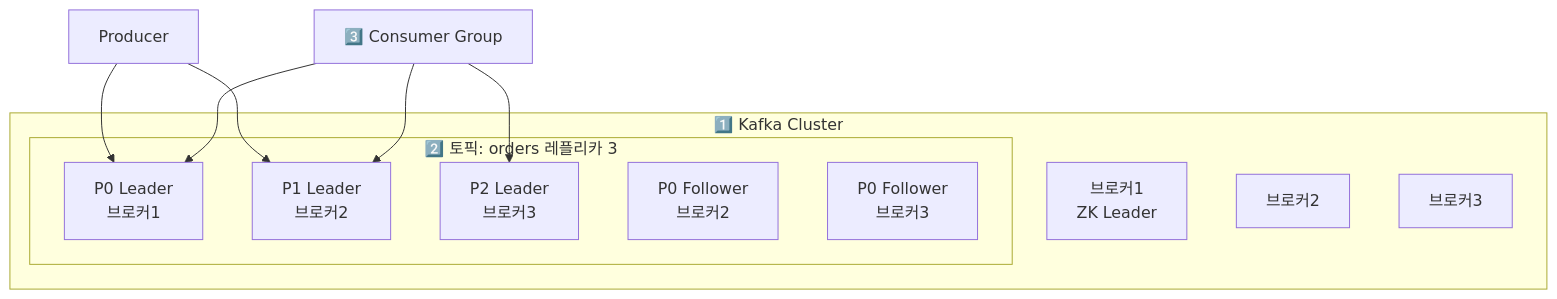
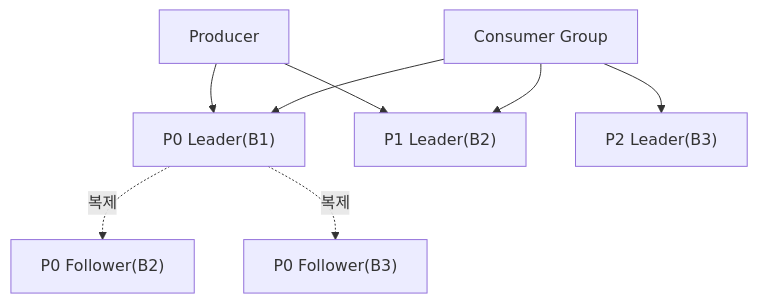
Before and after one commit to yjkim2015/yjkim2015.github.io: the ninth of 12 diagrams in _posts/kafka/2026-05-02-kafka-deep.md, drawn with Mermaid. The commit also changed other lines of this file and 215 other files, not shown here.

First line of the commit message:
신규 포스트 10개 추가 + Mermaid 전면 축소 + SystemDesign 시리즈 보강

````diff
--- a/_posts/kafka/2026-05-02-kafka-deep.md
+++ b/_posts/kafka/2026-05-02-kafka-deep.md
@@ -588,24 +542,10 @@
 ```mermaid
 graph TD
-    subgraph "1️⃣ Kafka Cluster"
-        Broker1["브로커1\nZK Leader"]
-        Broker2["브로커2"]
-        Broker3["브로커3"]
-
-        subgraph "2️⃣ 토픽: orders 레플리카 3"
-            P0_L["P0 Leader\n브로커1"]
-            P1_L["P1 Leader\n브로커2"]
-            P2_L["P2 Leader\n브로커3"]
-
-            P0_F1["P0 Follower\n브로커2"]
-            P0_F2["P0 Follower\n브로커3"]
-        end
-    end
-
-    Producer[Producer] --> P0_L
-    Producer --> P1_L
-
-    CG["3️⃣ Consumer Group"] --> P0_L
+    Producer --> P0_L["P0 Leader(B1)"]
+    Producer --> P1_L["P1 Leader(B2)"]
+    P0_L -. 복제 .-> P0_F1["P0 Follower(B2)"]
+    P0_L -. 복제 .-> P0_F2["P0 Follower(B3)"]
+    CG["Consumer Group"] --> P0_L
     CG --> P1_L
-    CG --> P2_L
+    CG --> P2_L["P2 Leader(B3)"]
 ```
````
